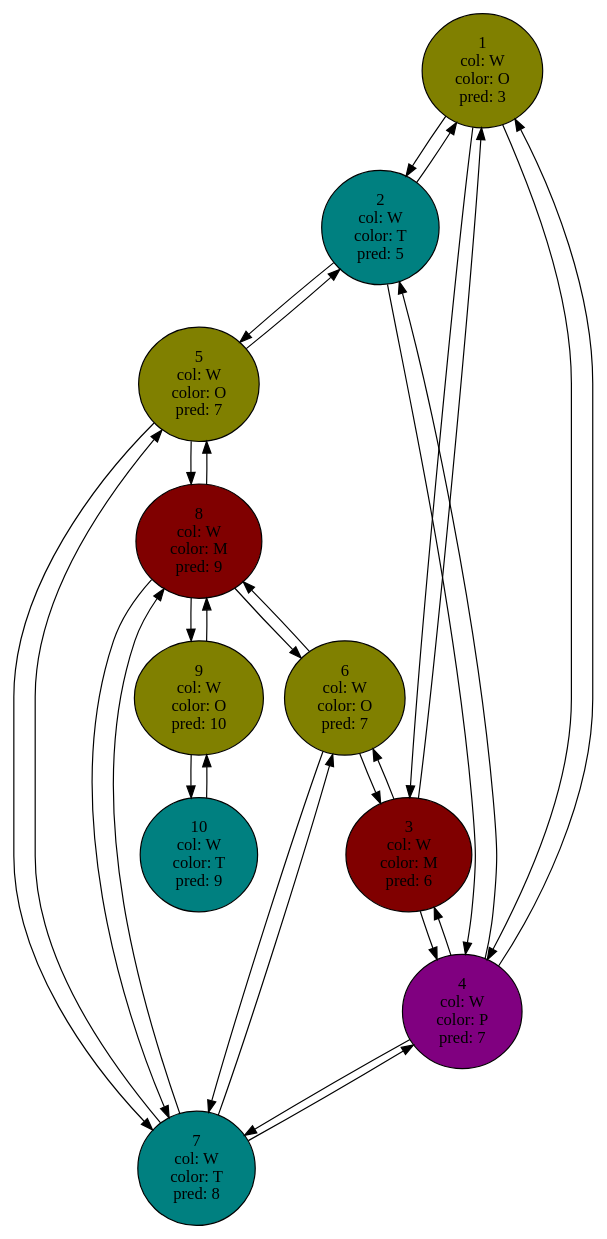
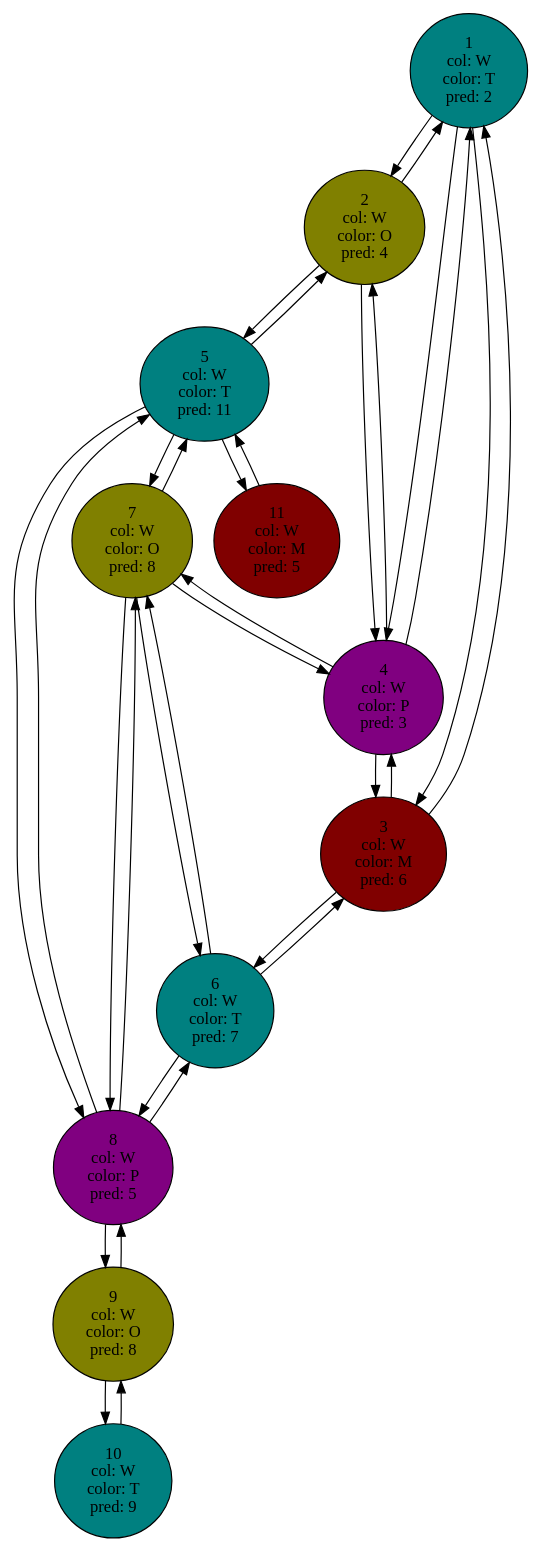
One commit to markonovic00/octave changed the diagram in PaintGraph/output.dot. Above: the diagram before and after it, drawn with Graphviz. The commit also changed 4 other files, not shown here.

```diff
--- a/PaintGraph/output.dot
+++ b/PaintGraph/output.dot
@@ -1,1 +1,1 @@
-digraph{node [style=bold]1->2;1->3;1->4;2->1;2->4;2->5;3->1;3->4;3->6;4->1;4->2;4->3;4->7;5->2;5->7;5->8;6->3;6->7;6->8;7->4;7->5;7->6;7->8;8->5;8->6;8->7;8->9;9->8;9->10;10->9;1 [fillcolor = "#808000"style=filled, label="1\ncol: W\ncolor: O\npred: 3\n"];2 [fillcolor = "#008080"style=filled, label="2\ncol: W\ncolor: T\npred: 5\n"];3 [fillcolor = "#800000"style=filled, label="3\ncol: W\ncolor: M\npred: 6\n"];4 [fillcolor = "#800080"style=filled, label="4\ncol: W\ncolor: P\npred: 7\n"];5 [fillcolor = "#808000"style=filled, label="5\ncol: W\ncolor: O\npred: 7\n"];6 [fillcolor = "#808000"style=filled, label="6\ncol: W\ncolor: O\npred: 7\n"];7 [fillcolor = "#008080"style=filled, label="7\ncol: W\ncolor: T\npred: 8\n"];8 [fillcolor = "#800000"style=filled, label="8\ncol: W\ncolor: M\npred: 9\n"];9 [fillcolor = "#808000"style=filled, label="9\ncol: W\ncolor: O\npred: 10\n"];10 [fillcolor = "#008080"style=filled, label="10\ncol: W\ncolor: T\npred: 9\n"];}
+digraph{node [style=bold]1->2;1->3;1->4;2->1;2->4;2->5;3->1;3->4;3->6;4->1;4->2;4->3;4->7;5->2;5->7;5->8;5->11;6->3;6->7;6->8;7->4;7->5;7->6;7->8;8->5;8->6;8->7;8->9;9->8;9->10;10->9;11->5;1 [fillcolor = "#008080"style=filled, label="1\ncol: W\ncolor: T\npred: 2\n"];2 [fillcolor = "#808000"style=filled, label="2\ncol: W\ncolor: O\npred: 4\n"];3 [fillcolor = "#800000"style=filled, label="3\ncol: W\ncolor: M\npred: 6\n"];4 [fillcolor = "#800080"style=filled, label="4\ncol: W\ncolor: P\npred: 3\n"];5 [fillcolor = "#008080"style=filled, label="5\ncol: W\ncolor: T\npred: 11\n"];6 [fillcolor = "#008080"style=filled, label="6\ncol: W\ncolor: T\npred: 7\n"];7 [fillcolor = "#808000"style=filled, label="7\ncol: W\ncolor: O\npred: 8\n"];8 [fillcolor = "#800080"style=filled, label="8\ncol: W\ncolor: P\npred: 5\n"];9 [fillcolor = "#808000"style=filled, label="9\ncol: W\ncolor: O\npred: 8\n"];10 [fillcolor = "#008080"style=filled, label="10\ncol: W\ncolor: T\npred: 9\n"];11 [fillcolor = "#800000"style=filled, label="11\ncol: W\ncolor: M\npred: 5\n"];}
```
